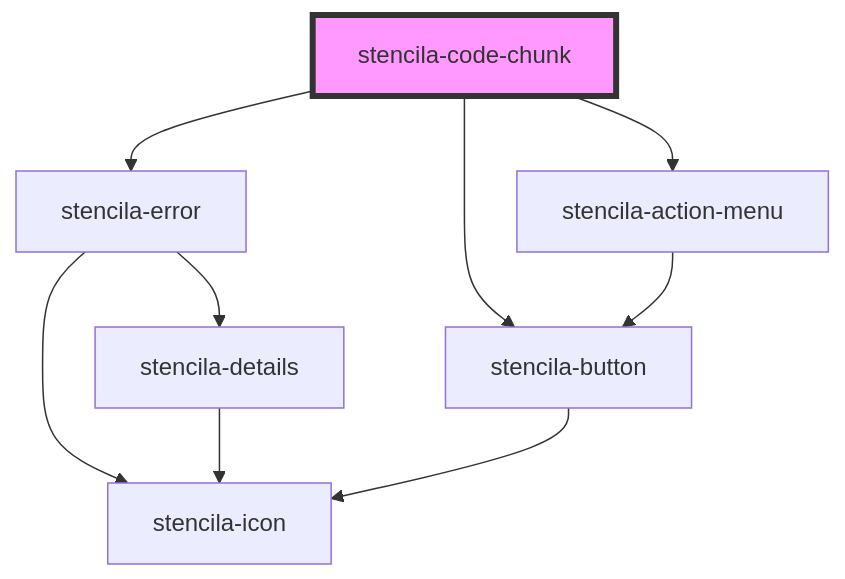
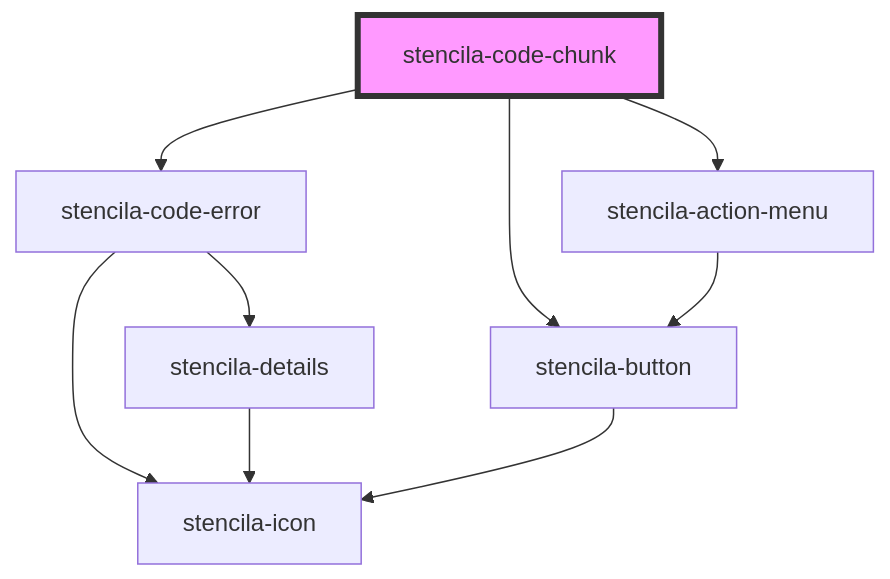
Before and after one commit to stencila/designa: the diagram in packages/components/src/components/codeChunk/readme.md, drawn with Mermaid. The commit also changed other lines of this file and 8 other files, not shown here.

Commit message:
feat(CodeChunk): Add ability to change programming language

````diff
--- a/packages/components/src/components/codeChunk/readme.md
+++ b/packages/components/src/components/codeChunk/readme.md
@@ -30,12 +44,12 @@
 ```mermaid
 graph TD;
-  stencila-code-chunk --> stencila-error
+  stencila-code-chunk --> stencila-code-error
   stencila-code-chunk --> stencila-action-menu
   stencila-code-chunk --> stencila-button
-  stencila-error --> stencila-icon
-  stencila-error --> stencila-details
+  stencila-code-error --> stencila-icon
+  stencila-code-error --> stencila-details
   stencila-details --> stencila-icon
   stencila-action-menu --> stencila-button
   stencila-button --> stencila-icon
   style stencila-code-chunk fill:#f9f,stroke:#333,stroke-width:4px
 ```
````
